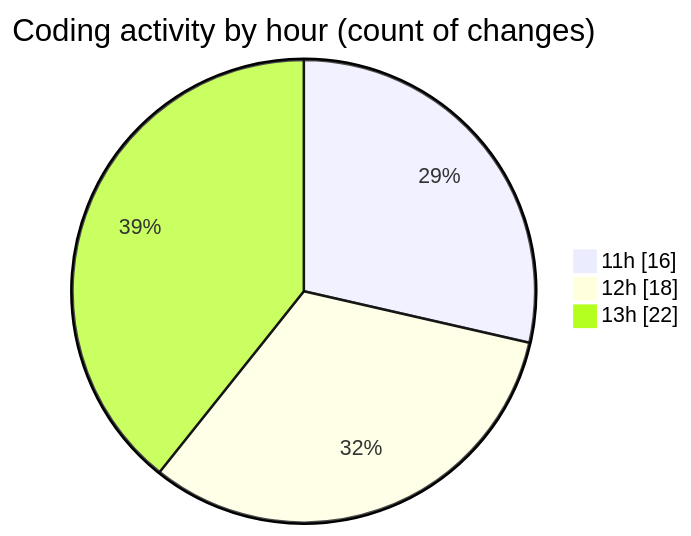
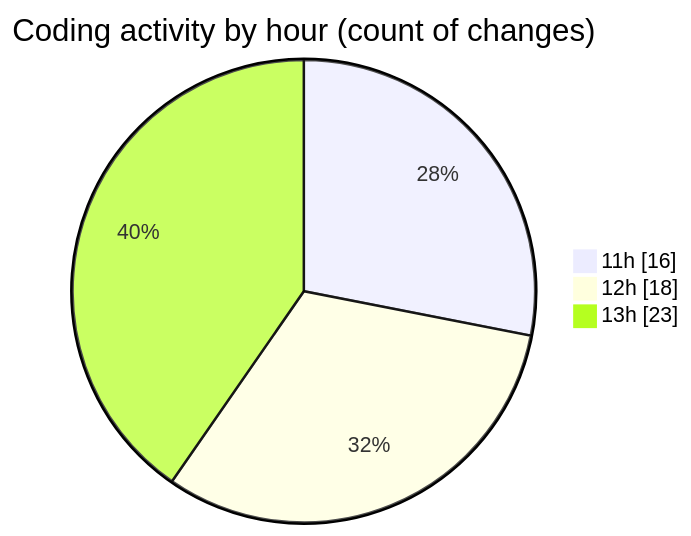
One commit to nxtqubesakshisongat/code-tracking changed the second of 2 diagrams in 2025-10-01/nxtqube_webapp/README.md. Above: the diagram before and after it, drawn with Mermaid. The commit also changed other lines of this file and 1 other file, not shown here.

````diff
--- a/2025-10-01/nxtqube_webapp/README.md
+++ b/2025-10-01/nxtqube_webapp/README.md
@@ -31,7 +31,7 @@
 ```mermaid
 pie showData
 title Coding activity by hour (count of changes)
 "11h" : 16
 "12h" : 18
-"13h" : 22
+"13h" : 23
 ```
````
